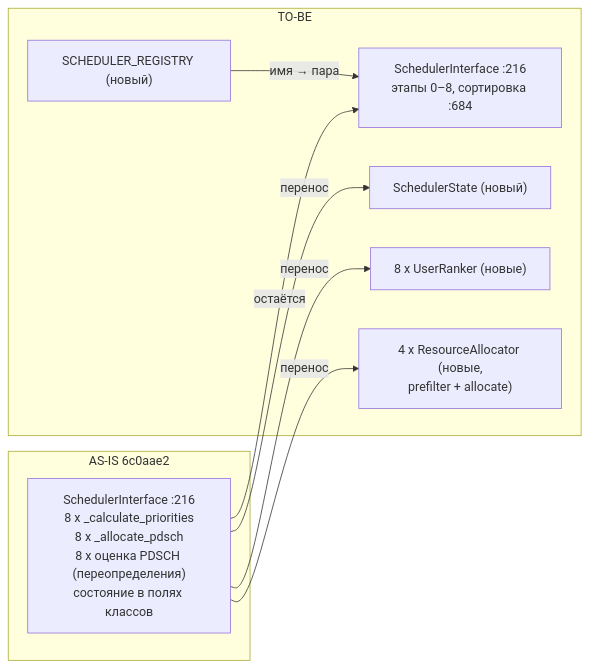
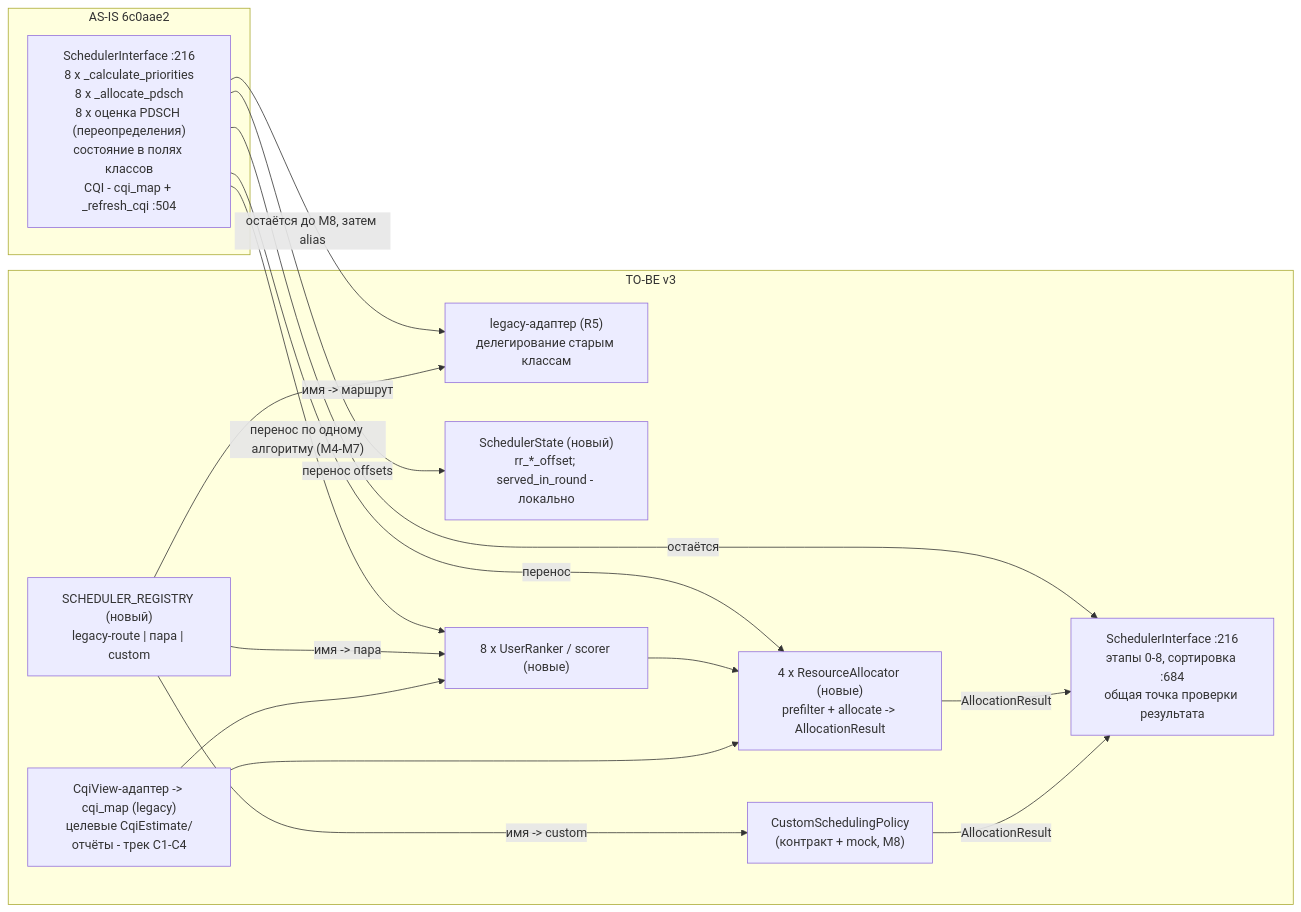
One commit to dokbrawn/REC-S5 changed the diagram in MR_doc_SCH-001/PyScheduler/scheduler/docs/specs/SPEC-FEAT-SCH-008.md. Above: the diagram before and after it, drawn with Mermaid. The commit also changed other lines of this file, not shown here.

````diff
--- a/MR_doc_SCH-001/PyScheduler/scheduler/docs/specs/SPEC-FEAT-SCH-008.md
+++ b/MR_doc_SCH-001/PyScheduler/scheduler/docs/specs/SPEC-FEAT-SCH-008.md
@@ -149,18 +344,29 @@
 ```mermaid
 flowchart LR
     subgraph ASIS["AS-IS 6c0aae2"]
-        A["SchedulerInterface :216<br/>8 x _calculate_priorities<br/>8 x _allocate_pdsch<br/>8 x оценка PDSCH (переопределения)<br/>состояние в полях классов"]
+        A["SchedulerInterface :216<br/>8 x _calculate_priorities<br/>8 x _allocate_pdsch<br/>8 x оценка PDSCH (переопределения)<br/>состояние в полях классов<br/>CQI - cqi_map + _refresh_cqi :504"]
     end
-    subgraph TOBE["TO-BE"]
-        B["SchedulerInterface :216<br/>этапы 0–8, сортировка :684"]
-        C["SchedulerState (новый)"]
-        D["8 x UserRanker (новые)"]
-        E["4 x ResourceAllocator (новые,<br/>prefilter + allocate)"]
-        F["SCHEDULER_REGISTRY (новый)"]
+    subgraph TOBE["TO-BE v3"]
+        B["SchedulerInterface :216<br/>этапы 0-8, сортировка :684<br/>общая точка проверки результата"]
+        R["SCHEDULER_REGISTRY (новый)<br/>legacy-route | пара | custom"]
+        L["legacy-адаптер (R5)<br/>делегирование старым классам"]
+        C["SchedulerState (новый)<br/>rr_*_offset; served_in_round - локально"]
+        D["8 x UserRanker / scorer (новые)"]
+        E["4 x ResourceAllocator (новые)<br/>prefilter + allocate -> AllocationResult"]
+        P["CustomSchedulingPolicy<br/>(контракт + mock, M8)"]
+        Q["CqiView-адаптер -> cqi_map (legacy)<br/>целевые CqiEstimate/отчёты - трек C1-C4"]
     end
-    A -->|"перенос"| D
+    A -->|"перенос по одному алгоритму (M4-M7)"| D
     A -->|"перенос"| E
-    A -->|"перенос"| C
+    A -->|"перенос offsets"| C
+    A -->|"остаётся до M8, затем alias"| L
     A -->|"остаётся"| B
-    F -->|"имя → пара"| B
+    R -->|"имя -> маршрут"| L
+    R -->|"имя -> пара"| D
+    R -->|"имя -> custom"| P
+    D --> E
+    E -->|"AllocationResult"| B
+    P -->|"AllocationResult"| B
+    Q --> D
+    Q --> E
 ```
````
